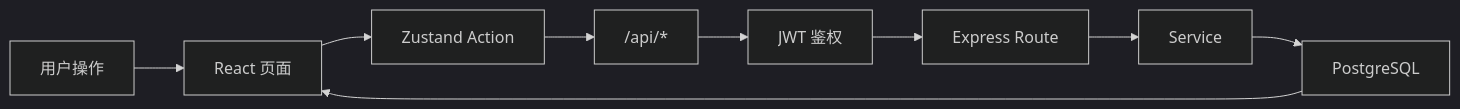
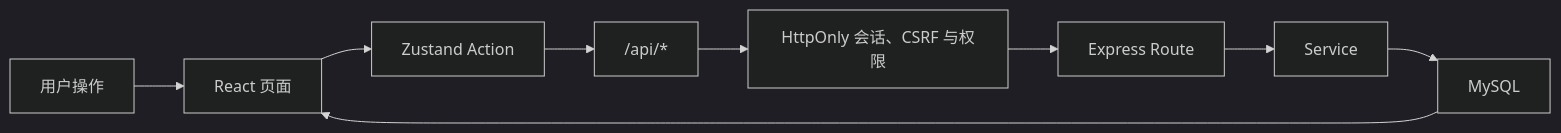
Before and after one commit to CusYojo/CNVC_OS: the third of 6 diagrams in docs/项目架构与技术交接文档.md, drawn with Mermaid (dark theme). The commit also changed other lines of this file and 612 other files, not shown here.

````diff
--- a/docs/项目架构与技术交接文档.md
+++ b/docs/项目架构与技术交接文档.md
@@ -199,11 +189,11 @@
 ```mermaid
 flowchart LR
     USER["用户操作"] --> PAGE["React 页面"]
     PAGE --> STORE["Zustand Action"]
     STORE --> API["/api/*"]
-    API --> JWT["JWT 鉴权"]
-    JWT --> ROUTE["Express Route"]
+    API --> AUTH["HttpOnly 会话、CSRF 与权限"]
+    AUTH --> ROUTE["Express Route"]
     ROUTE --> SERVICE["Service"]
-    SERVICE --> DB["PostgreSQL"]
+    SERVICE --> DB["MySQL"]
     DB --> PAGE
 ```
````
